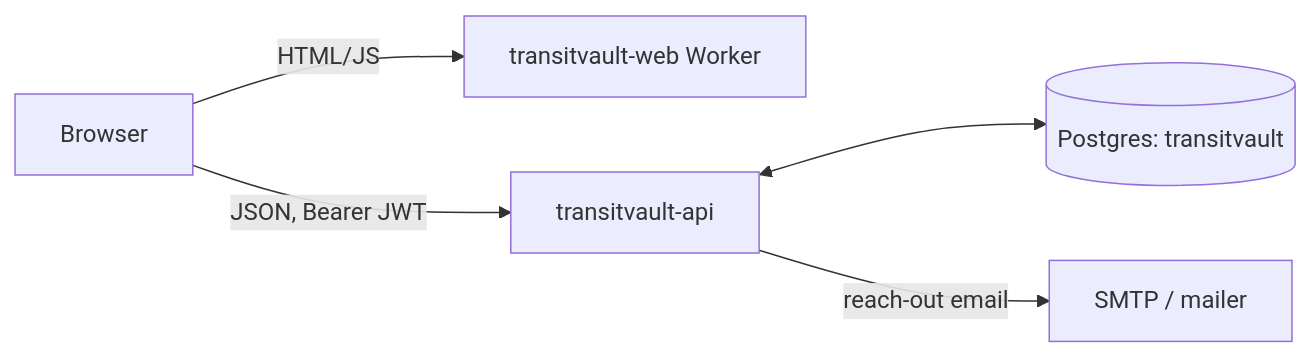
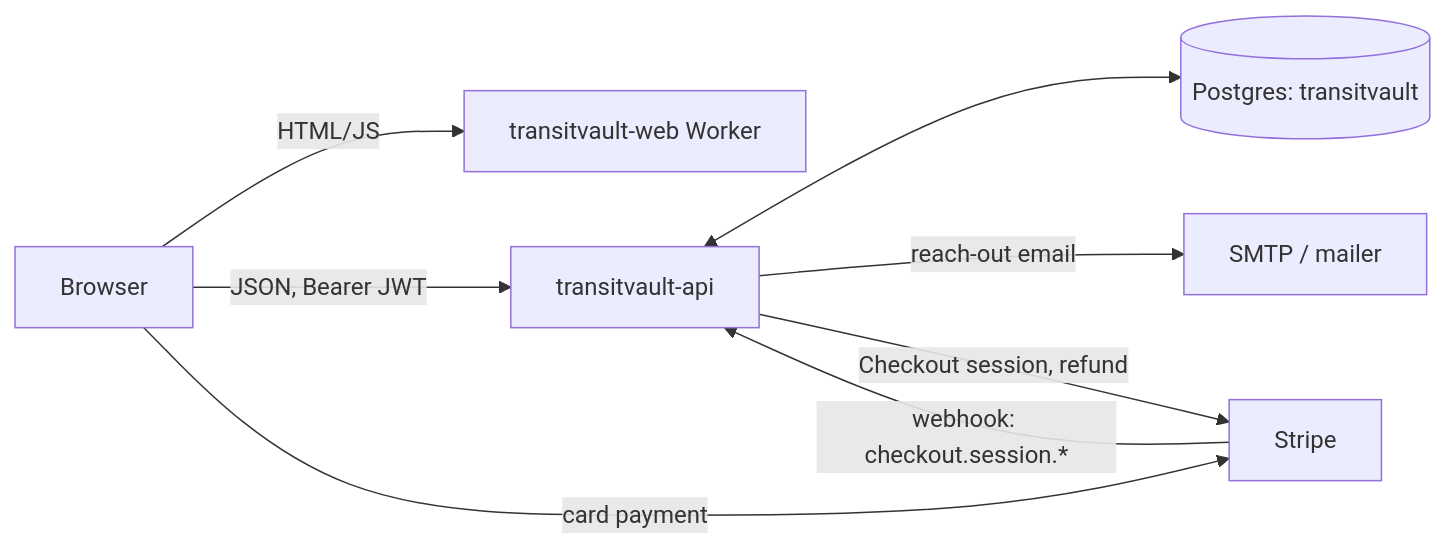
The first of 3 diagrams in infra/architecture.md (3pandalabs/transitvault), drawn with Mermaid before and after one commit. The commit also changed other lines of this file and 30 other files, not shown here.

First line of the commit message:
Paid help: $10 per trip via Stripe Checkout, $5 helper credit, no-show credit refunds

````diff
--- a/infra/architecture.md
+++ b/infra/architecture.md
@@ -18,7 +19,10 @@
 ```mermaid
 flowchart LR
   B[Browser] -->|HTML/JS| W[transitvault-web Worker]
   B -->|JSON, Bearer JWT| API[transitvault-api]
   API <--> PG[(Postgres: transitvault)]
   API -->|reach-out email| M[SMTP / mailer]
+  API -->|Checkout session, refund| S[Stripe]
+  S -->|webhook: checkout.session.*| API
+  B -->|card payment| S
 ```
````
